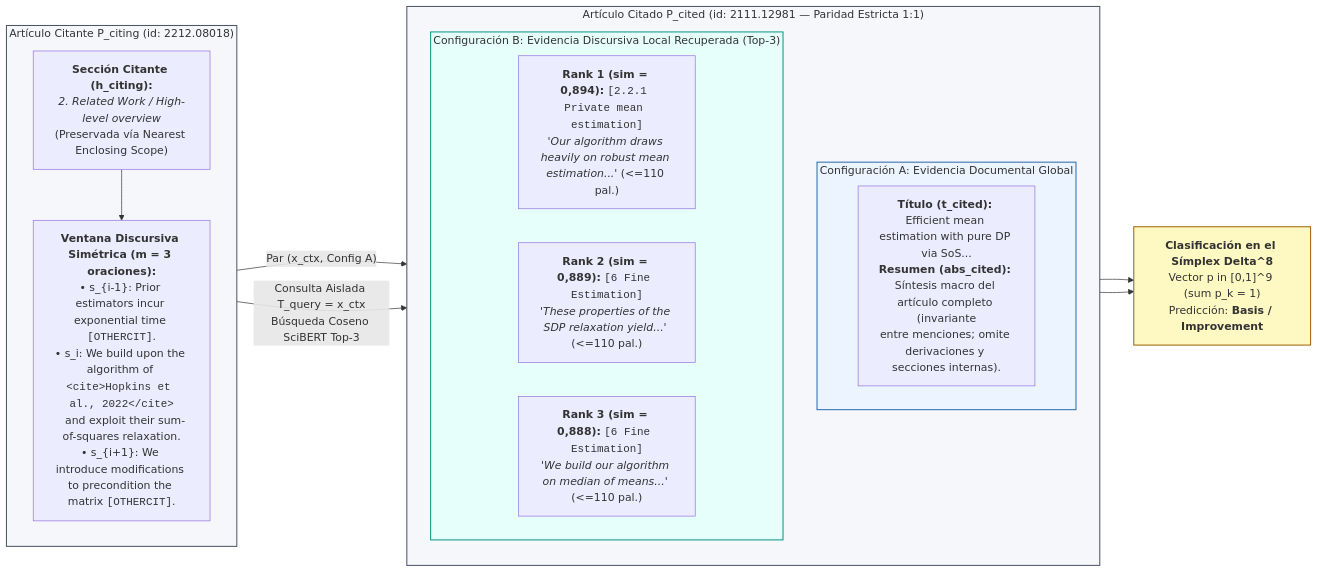
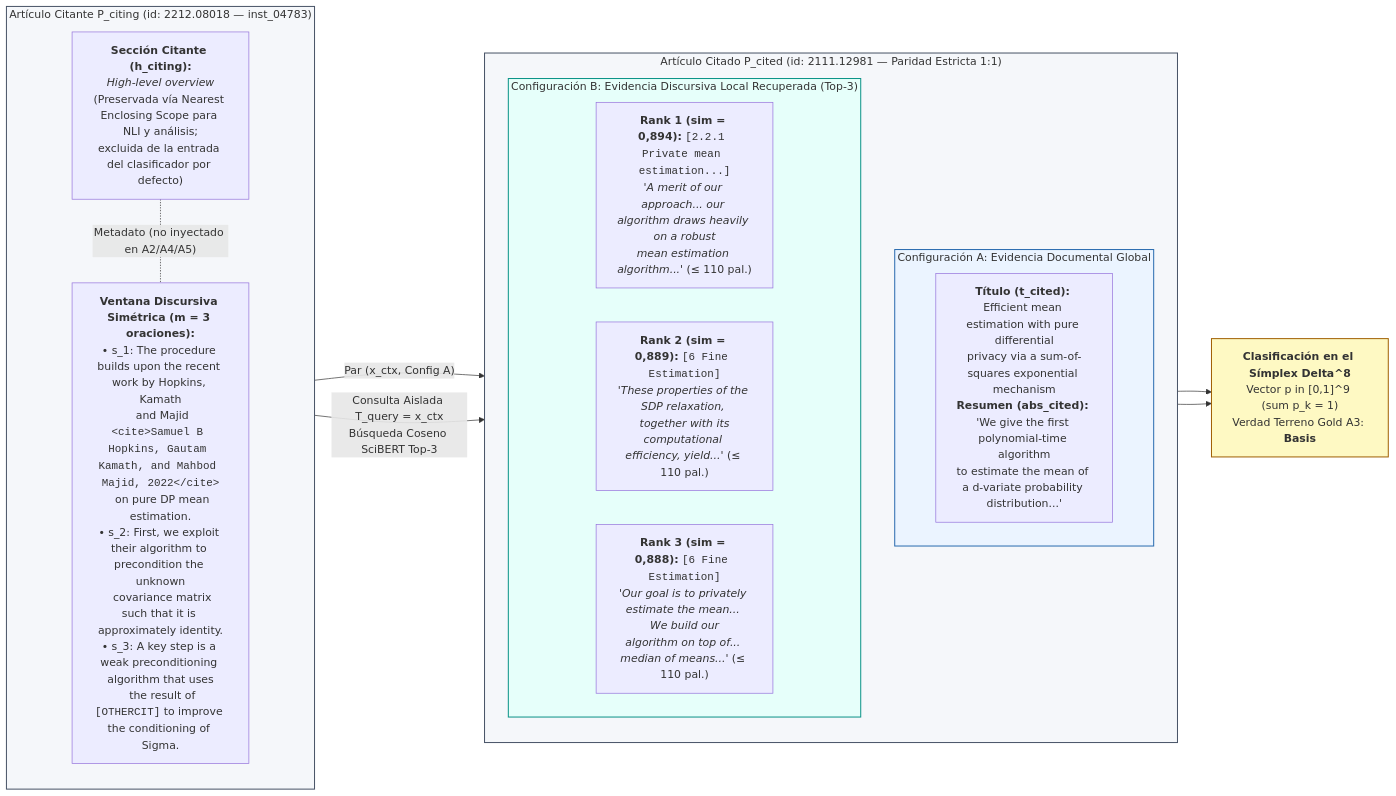
Before and after one commit to d-leandro/EvidenCite: the first of 6 diagrams in especificacion_diagramas_drawio.md, drawn with Mermaid. The commit also changed other lines of this file and 8 other files, not shown here.

Commit message:
docs(paper): refine IEEE manuscript, regenerate publication figures, and polish TikZ diagrams

````diff
--- a/especificacion_diagramas_drawio.md
+++ b/especificacion_diagramas_drawio.md
@@ -37,34 +37,34 @@
 ```mermaid
 flowchart LR
-    subgraph Citing["Artículo Citante P_citing (id: 2212.08018)"]
+    subgraph Citing["Artículo Citante P_citing (id: 2212.08018 — inst_04783)"]
         direction TB
-        H_cit["<b>Sección Citante (h_citing):</b><br/><i>2. Related Work / High-level overview</i><br/>(Preservada vía Nearest Enclosing Scope)"]
-        W_m3["<b>Ventana Discursiva Simétrica (m = 3 oraciones):</b><br/>• s_{i-1}: Prior estimators incur exponential time <code>[OTHERCIT]</code>.<br/>• s_i: We build upon the algorithm of <code>&lt;cite&gt;Hopkins et al., 2022&lt;/cite&gt;</code><br/>  and exploit their sum-of-squares relaxation.<br/>• s_{i+1}: We introduce modifications to precondition the matrix <code>[OTHERCIT]</code>."]
-        H_cit --> W_m3
+        H_cit["<b>Sección Citante (h_citing):</b><br/><i>High-level overview</i><br/>(Preservada vía Nearest Enclosing Scope para NLI y análisis;<br/>excluida de la entrada del clasificador por defecto)"]
+        W_m3["<b>Ventana Discursiva Simétrica (m = 3 oraciones):</b><br/>• s_1: The procedure builds upon the recent work by Hopkins, Kamath<br/>  and Majid <code>&lt;cite&gt;Samuel B Hopkins, Gautam Kamath, and Mahbod Majid, 2022&lt;/cite&gt;</code><br/>  on pure DP mean estimation.<br/>• s_2: First, we exploit their algorithm to precondition the unknown<br/>  covariance matrix such that it is approximately identity.<br/>• s_3: A key step is a weak preconditioning algorithm that uses<br/>  the result of <code>[OTHERCIT]</code> to improve the conditioning of Sigma."]
+        H_cit -. "Metadato (no inyectado en A2/A4/A5)" .- W_m3
     end
 
     subgraph Cited["Artículo Citado P_cited (id: 2111.12981 — Paridad Estricta 1:1)"]
         direction TB
         subgraph ConfigA["Configuración A: Evidencia Documental Global"]
-            TA["<b>Título (t_cited):</b> Efficient mean estimation with pure DP via SoS...<br/><b>Resumen (abs_cited):</b> Síntesis macro del artículo completo (invariante<br/>entre menciones; omite derivaciones y secciones internas)."]
+            TA["<b>Título (t_cited):</b> Efficient mean estimation with pure differential<br/>privacy via a sum-of-squares exponential mechanism<br/><b>Resumen (abs_cited):</b> 'We give the first polynomial-time algorithm<br/>to estimate the mean of a d-variate probability distribution...'"]
         end
         subgraph ConfigB["Configuración B: Evidencia Discursiva Local Recuperada (Top-3)"]
-            TB1["<b>Rank 1 (sim = 0,894):</b> <code>[2.2.1 Private mean estimation]</code><br/><i>'Our algorithm draws heavily on robust mean estimation...'</i> (<=110 pal.)"]
-            TB2["<b>Rank 2 (sim = 0,889):</b> <code>[6 Fine Estimation]</code><br/><i>'These properties of the SDP relaxation yield...'</i> (<=110 pal.)"]
-            TB3["<b>Rank 3 (sim = 0,888):</b> <code>[6 Fine Estimation]</code><br/><i>'We build our algorithm on median of means...'</i> (<=110 pal.)"]
+            TB1["<b>Rank 1 (sim = 0,894):</b> <code>[2.2.1 Private mean estimation...]</code><br/><i>'A merit of our approach... our algorithm draws heavily on a robust<br/>mean estimation algorithm...'</i> (≤ 110 pal.)"]
+            TB2["<b>Rank 2 (sim = 0,889):</b> <code>[6 Fine Estimation]</code><br/><i>'These properties of the SDP relaxation, together with its<br/>computational efficiency, yield...'</i> (≤ 110 pal.)"]
+            TB3["<b>Rank 3 (sim = 0,888):</b> <code>[6 Fine Estimation]</code><br/><i>'Our goal is to privately estimate the mean... We build our<br/>algorithm on top of... median of means...'</i> (≤ 110 pal.)"]
         end
     end
 
-     Simplex["<b>Clasificación en el Símplex Delta^8</b><br/>Vector p in [0,1]^9 (sum p_k = 1)<br/>Predicción: <b>Basis / Improvement</b>"]
+    Simplex["<b>Clasificación en el Símplex Delta^8</b><br/>Vector p in [0,1]^9 (sum p_k = 1)<br/>Verdad Terreno Gold A3: <b>Basis</b>"]
 
     W_m3 -- "Par (x_ctx, Config A)" --> ConfigA
     W_m3 -- "Consulta Aislada T_query = x_ctx<br/>Búsqueda Coseno SciBERT Top-3" --> ConfigB
     ConfigA --> Simplex
     ConfigB --> Simplex
 
     style Citing fill:#F5F7FA,stroke:#4A5568,stroke-width:1.5px
     style Cited fill:#F5F7FA,stroke:#4A5568,stroke-width:1.5px
     style ConfigA fill:#EBF4FF,stroke:#2B6CB0,stroke-width:1.5px
     style ConfigB fill:#E6FFFA,stroke:#0D9488,stroke-width:1.5px
     style Simplex fill:#FEF9C3,stroke:#A16207,stroke-width:1.5px
 ```
````
